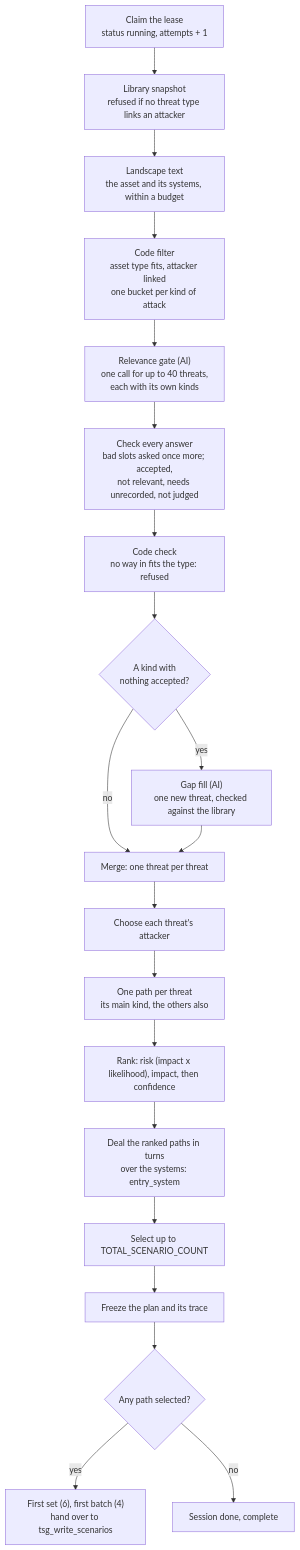
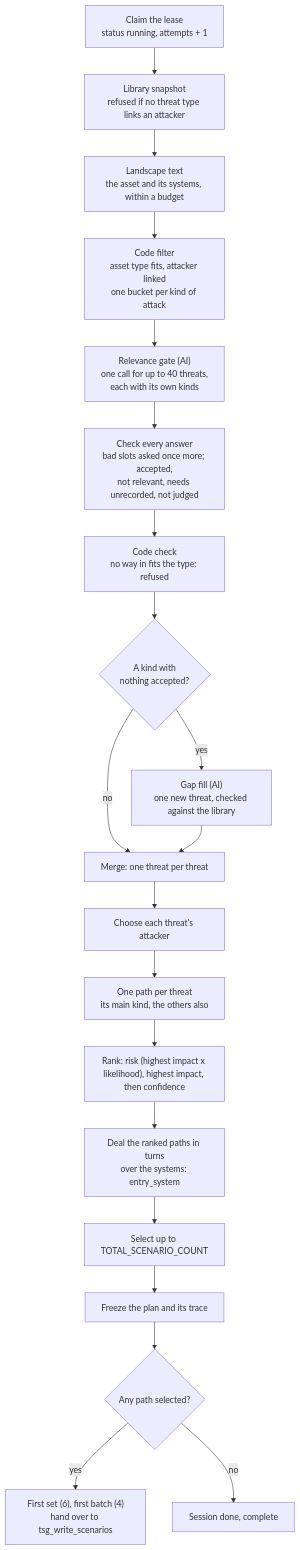
Before and after one commit to gopalchettri/cii: the fifth of 13 diagrams in docs/TSG_END_TO_END_FLOW.md, drawn with Mermaid. The commit also changed other lines of this file and 26 other files, not shown here.

````diff
--- a/docs/TSG_END_TO_END_FLOW.md
+++ b/docs/TSG_END_TO_END_FLOW.md
@@ -1008,22 +1008,22 @@
 ```mermaid
 flowchart TB
     A["Claim the lease<br/>status running, attempts + 1"] --> B["Library snapshot<br/>refused if no threat type links an attacker"]
     B --> C["Landscape text<br/>the asset and its systems, within a budget"]
     C --> D["Code filter<br/>asset type fits, attacker linked<br/>one bucket per kind of attack"]
     D --> E["Relevance gate (AI)<br/>one call for up to 40 threats,<br/>each with its own kinds"]
     E --> F["Check every answer<br/>bad slots asked once more; accepted,<br/>not relevant, needs unrecorded, not judged"]
     F --> G["Code check<br/>no way in fits the type: refused"]
     G --> H{"A kind with<br/>nothing accepted?"}
     H -- yes --> I["Gap fill (AI)<br/>one new threat, checked against the library"]
     H -- no --> J["Merge: one threat per threat"]
     I --> J
     J --> K["Choose each threat's attacker"]
     K --> L["One path per threat<br/>its main kind, the others also"]
-    L --> N["Rank: risk (impact x likelihood), impact, then confidence"]
+    L --> N["Rank: risk (highest impact x likelihood), highest impact, then confidence"]
     N --> O["Deal the ranked paths in turns<br/>over the systems: entry_system"]
     O --> P["Select up to TOTAL_SCENARIO_COUNT"]
     P --> Q["Freeze the plan and its trace"]
     Q --> R{"Any path selected?"}
     R -- yes --> S["First set (6), first batch (4)<br/>hand over to tsg_write_scenarios"]
     R -- no --> T["Session done, complete"]
 ```
````
